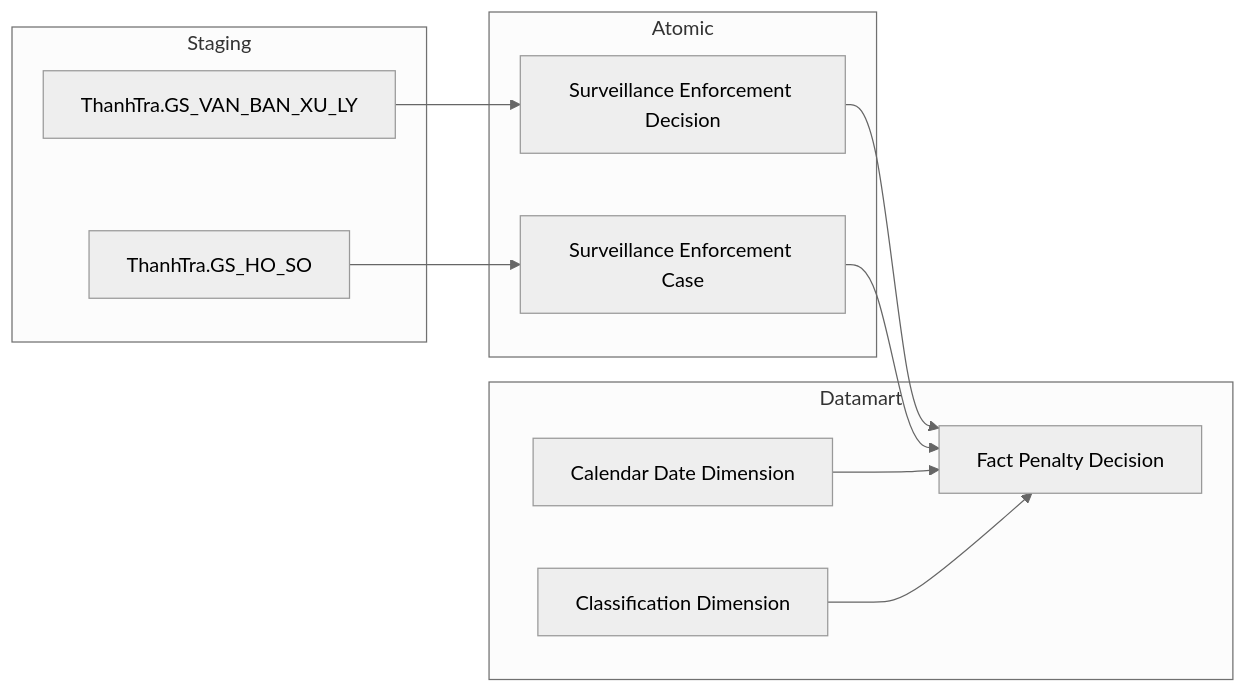
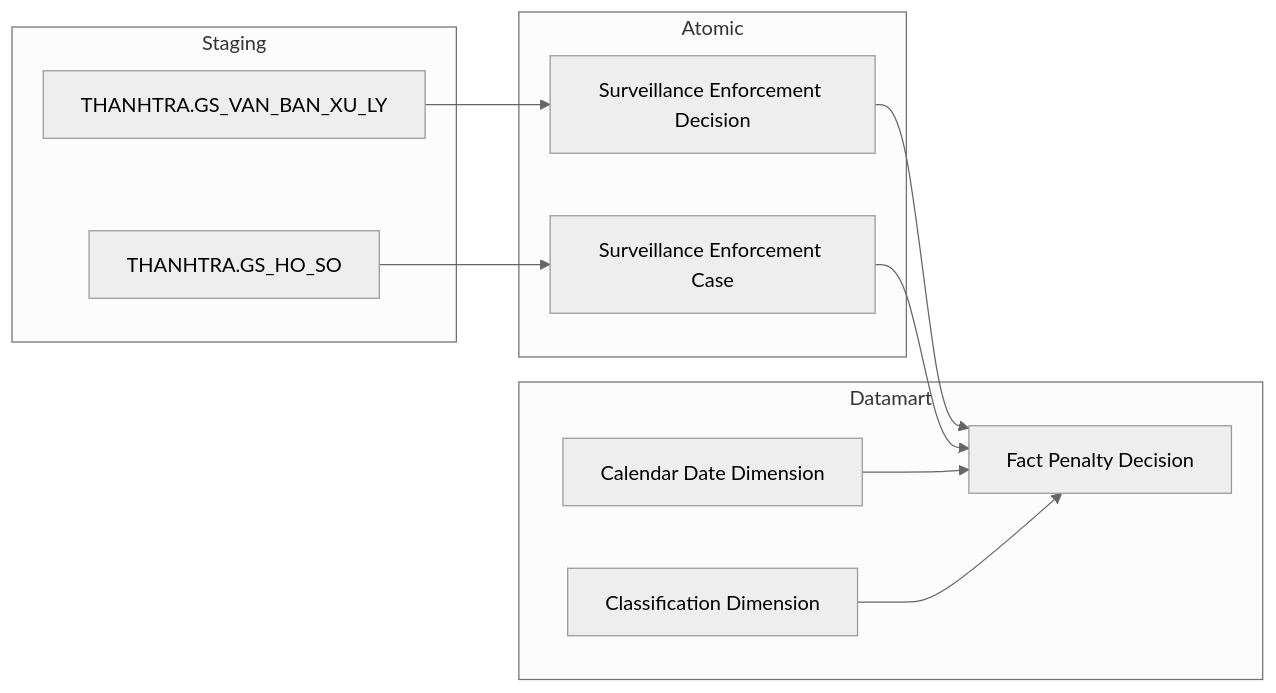
One commit to linhlvit/ubck_atomic_design changed the third of 5 diagrams in docs/output/datamart/TT/DTM_TT_PTTK.md. Above: the diagram before and after it, drawn with Mermaid (neutral theme). The commit also changed other lines of this file and 463 other files, not shown here.

````diff
--- a/docs/output/datamart/TT/DTM_TT_PTTK.md
+++ b/docs/output/datamart/TT/DTM_TT_PTTK.md
@@ -105,22 +105,22 @@
 ```mermaid
 flowchart LR
   subgraph Staging
-    ThanhTra_GS_VAN_BAN_XU_LY["ThanhTra.GS_VAN_BAN_XU_LY"]
-    ThanhTra_GS_HO_SO["ThanhTra.GS_HO_SO"]
+    THANHTRA_GS_VAN_BAN_XU_LY["THANHTRA.GS_VAN_BAN_XU_LY"]
+    THANHTRA_GS_HO_SO["THANHTRA.GS_HO_SO"]
   end
   subgraph Atomic
     surveillance_enforcement_dcsn["Surveillance Enforcement Decision"]
     surveillance_enforcement_case["Surveillance Enforcement Case"]
   end
   subgraph Datamart
     fct_pny_dcsn["Fact Penalty Decision"]
     cdr_dt_dim["Calendar Date Dimension"]
     cl_dim["Classification Dimension"]
   end
-  ThanhTra_GS_VAN_BAN_XU_LY --> surveillance_enforcement_dcsn
-  ThanhTra_GS_HO_SO --> surveillance_enforcement_case
+  THANHTRA_GS_VAN_BAN_XU_LY --> surveillance_enforcement_dcsn
+  THANHTRA_GS_HO_SO --> surveillance_enforcement_case
   surveillance_enforcement_dcsn --> fct_pny_dcsn
   surveillance_enforcement_case --> fct_pny_dcsn
   cdr_dt_dim --> fct_pny_dcsn
   cl_dim --> fct_pny_dcsn
 ```
````
